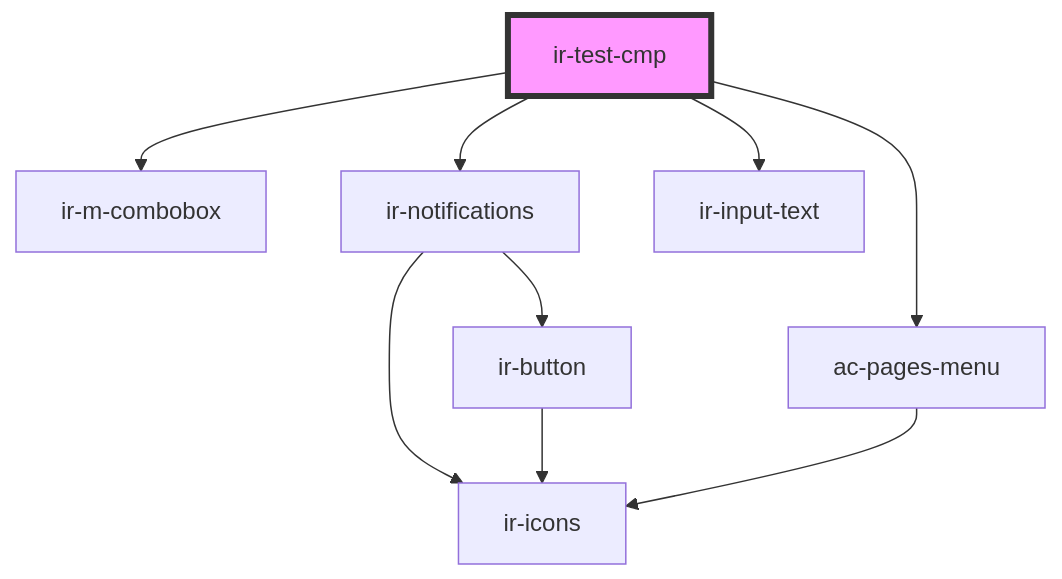
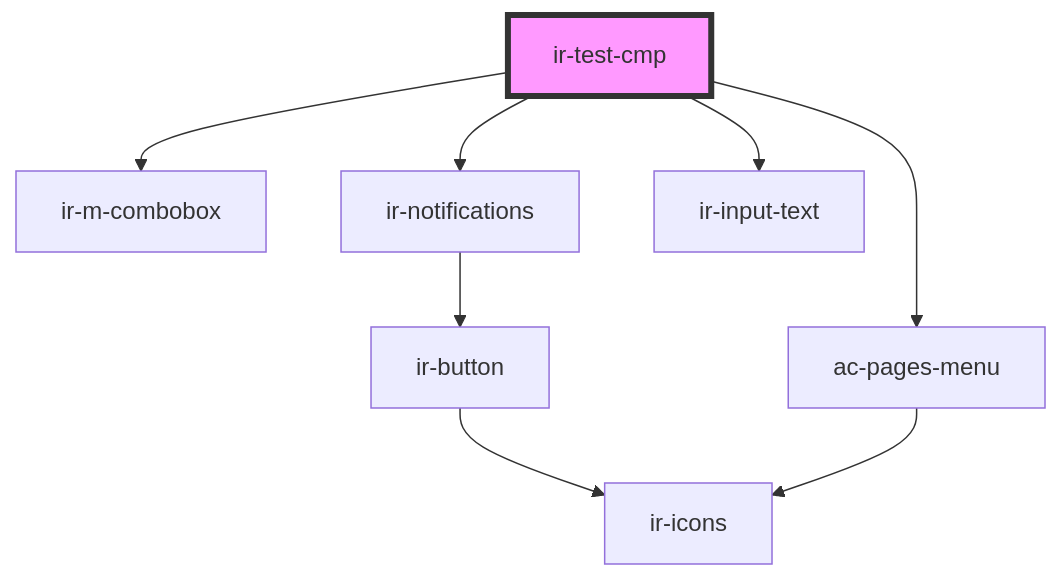
One commit to RonyRizk/ir-webcmp changed the diagram in src/components/ir-test-cmp/readme.md. Above: the diagram before and after it, drawn with Mermaid. The commit also changed 45 other files, not shown here.

````diff
--- a/src/components/ir-test-cmp/readme.md
+++ b/src/components/ir-test-cmp/readme.md
@@ -18,12 +18,11 @@
 ```mermaid
 graph TD;
   ir-test-cmp --> ir-m-combobox
   ir-test-cmp --> ir-notifications
   ir-test-cmp --> ac-pages-menu
   ir-test-cmp --> ir-input-text
   ir-notifications --> ir-button
-  ir-notifications --> ir-icons
   ir-button --> ir-icons
   ac-pages-menu --> ir-icons
   style ir-test-cmp fill:#f9f,stroke:#333,stroke-width:4px
 ```
````
